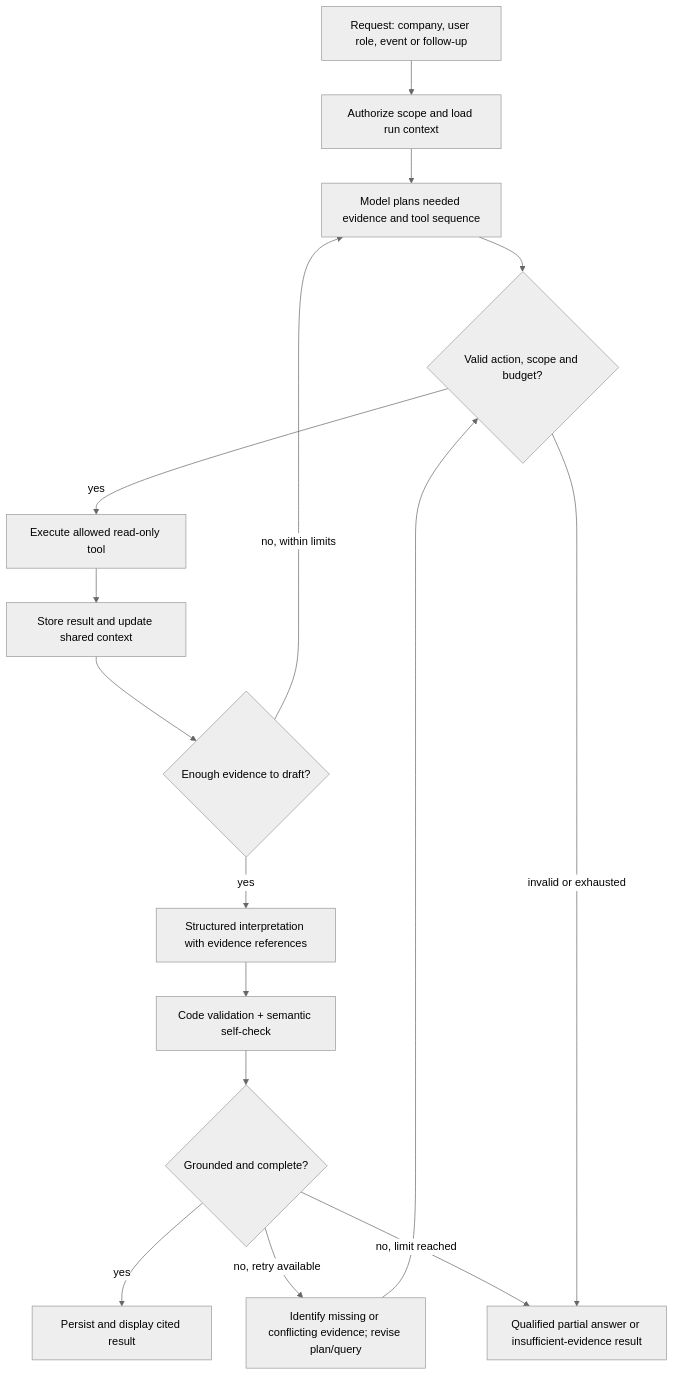
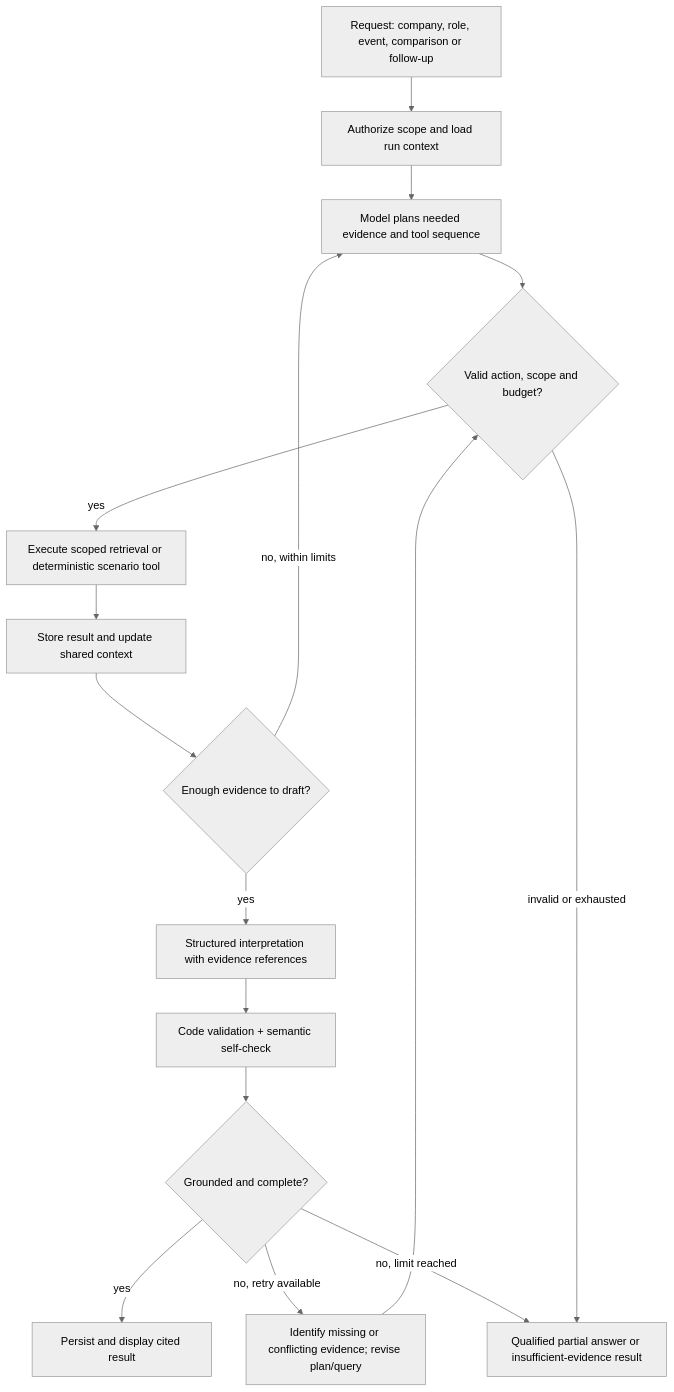
One commit to jwilliamn/alfacase changed the fourth of 6 diagrams in docs/ARCHITECTURE.md. Above: the diagram before and after it, drawn with Mermaid (neutral theme). The commit also changed other lines of this file and 2 other files, not shown here.

Commit message:
docs: add decision intelligence and retrieval strategy

````diff
--- a/docs/ARCHITECTURE.md
+++ b/docs/ARCHITECTURE.md
@@ -112,18 +150,18 @@
 ```mermaid
 flowchart TD
-    Start["Request: company, user role, event or follow-up"] --> Scope["Authorize scope and load run context"]
+    Start["Request: company, role, event, comparison or follow-up"] --> Scope["Authorize scope and load run context"]
     Scope --> Plan["Model plans needed evidence and tool sequence"]
     Plan --> Guard{"Valid action, scope and budget?"}
-    Guard -->|yes| Tool["Execute allowed read-only tool"]
+    Guard -->|yes| Tool["Execute scoped retrieval or deterministic scenario tool"]
     Tool --> State["Store result and update shared context"]
     State --> Enough{"Enough evidence to draft?"}
     Enough -->|no, within limits| Plan
     Enough -->|yes| Draft["Structured interpretation with evidence references"]
     Draft --> Check["Code validation + semantic self-check"]
     Check --> Result{"Grounded and complete?"}
     Result -->|yes| Done["Persist and display cited result"]
     Result -->|no, retry available| Adapt["Identify missing or conflicting evidence; revise plan/query"]
     Adapt --> Guard
     Result -->|no, limit reached| Partial["Qualified partial answer or insufficient-evidence result"]
     Guard -->|invalid or exhausted| Partial
 ```
````
